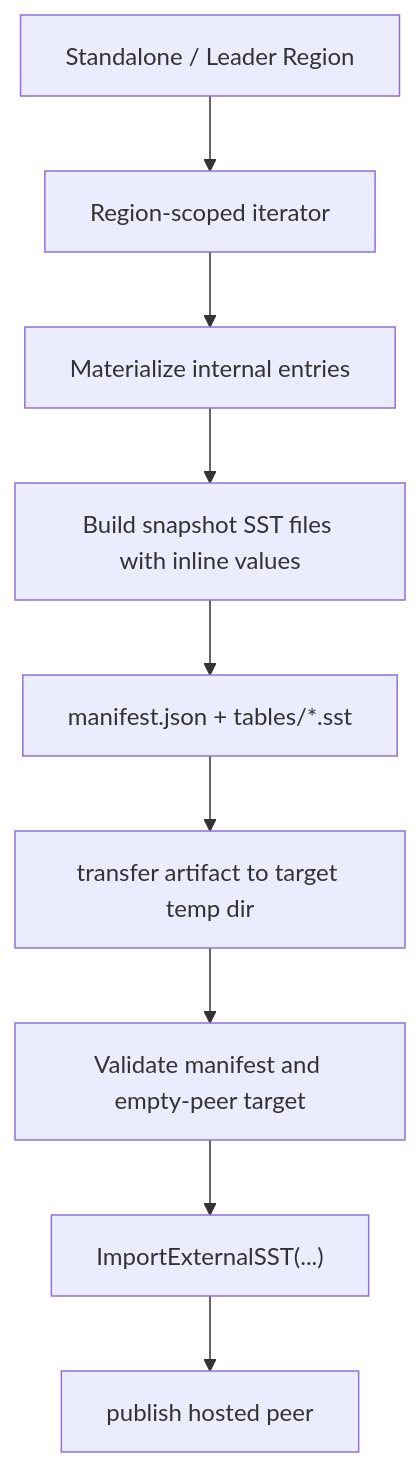
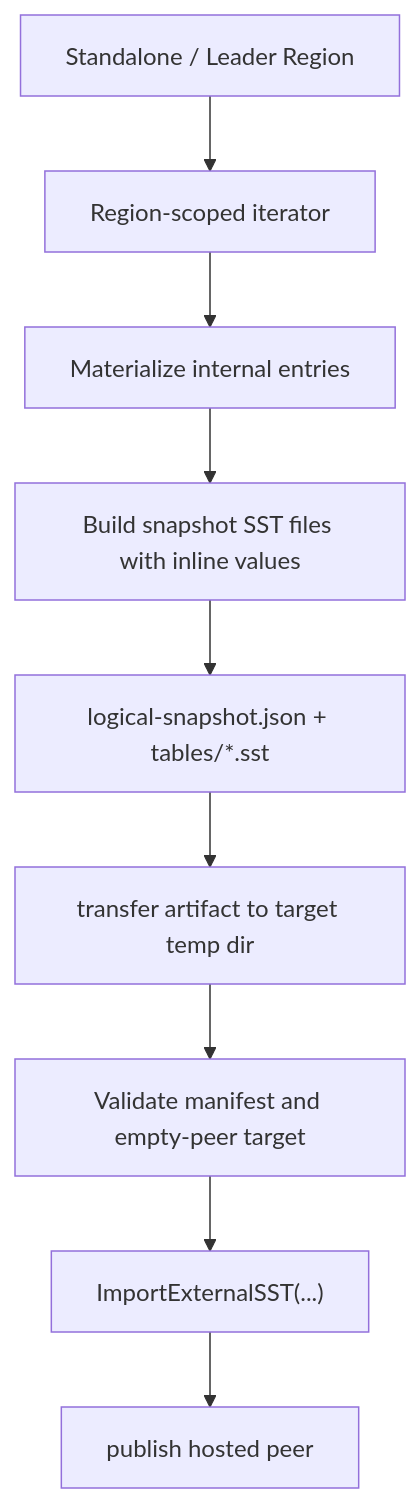
The diagram in docs/notes/2026-03-31-sst-snapshot-install.md (feichai0017/NoKV), drawn with Mermaid before and after one commit. The commit also changed other lines of this file and 17 other files, not shown here.

Commit message:
feat: add sst snapshot artifacts

````diff
--- a/docs/notes/2026-03-31-sst-snapshot-install.md
+++ b/docs/notes/2026-03-31-sst-snapshot-install.md
@@ -345,11 +345,11 @@
 ```mermaid
 flowchart TD
     A["Standalone / Leader Region"] --> B["Region-scoped iterator"]
     B --> C["Materialize internal entries"]
     C --> D["Build snapshot SST files with inline values"]
-    D --> E["manifest.json + tables/*.sst"]
+    D --> E["logical-snapshot.json + tables/*.sst"]
     E --> F["transfer artifact to target temp dir"]
     F --> G["Validate manifest and empty-peer target"]
     G --> H["ImportExternalSST(...)"]
     H --> I["publish hosted peer"]
 ```
````
